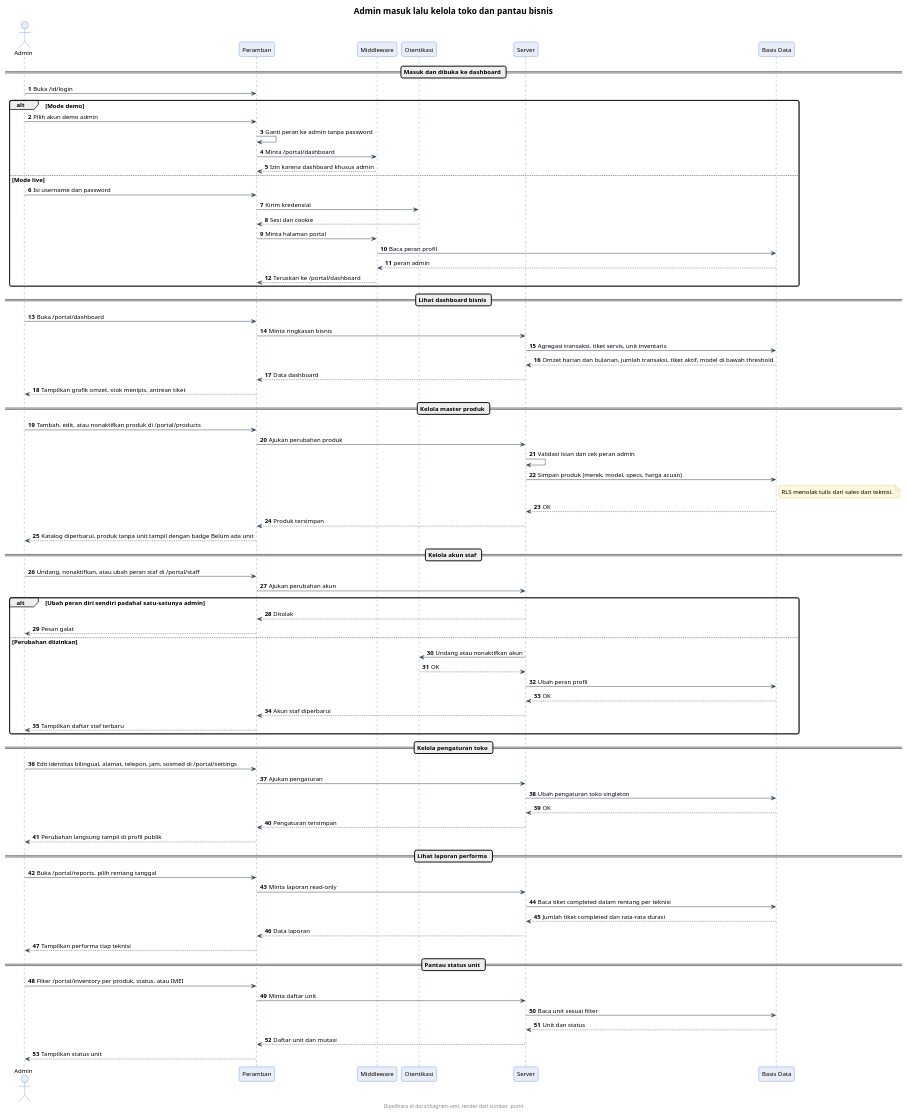
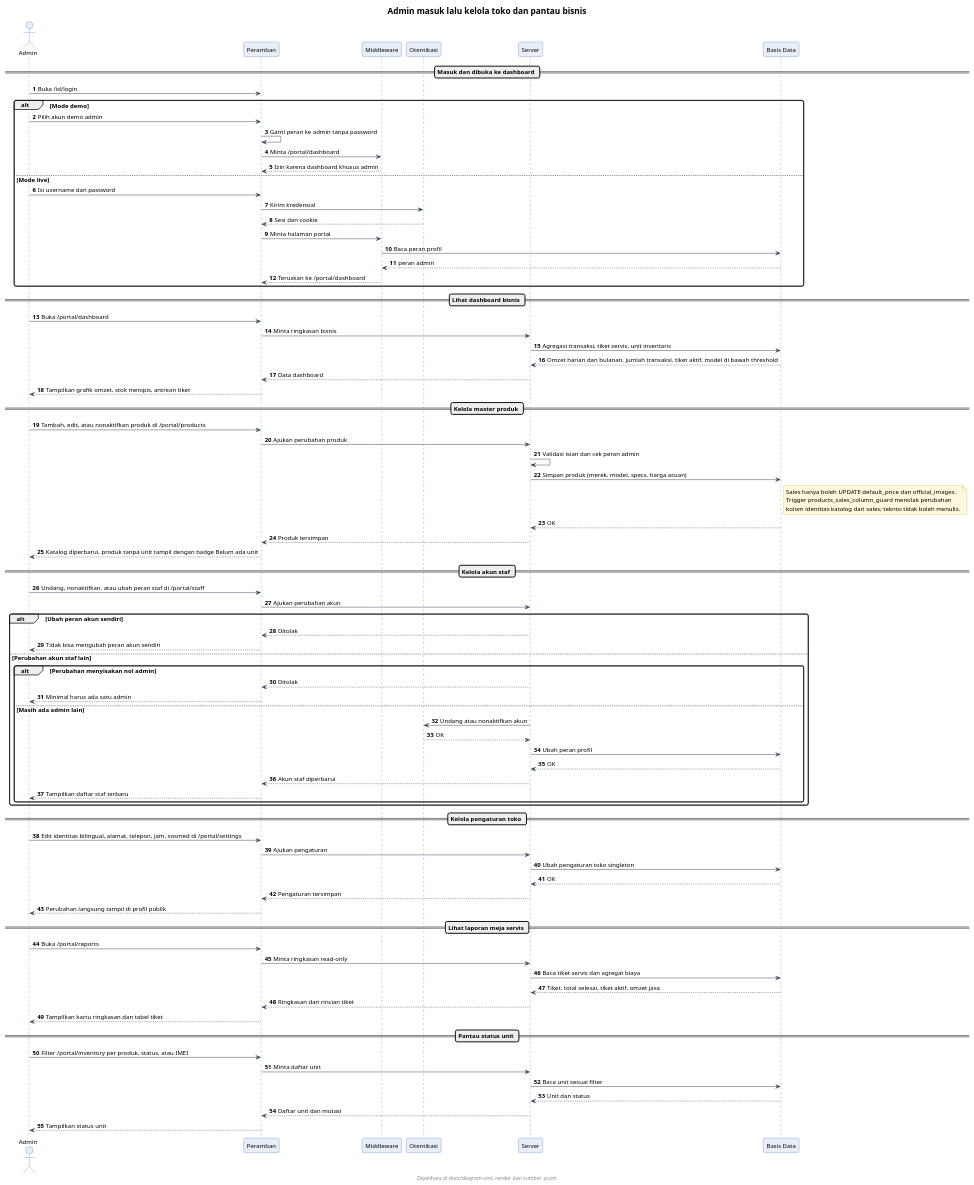
One commit to neiaki/KP changed the diagram in docs/diagram-uml/admin/sequence-admin.puml. Above: the diagram before and after it, drawn with PlantUML. The commit also changed 39 other files, not shown here.

```diff
--- a/docs/diagram-uml/admin/sequence-admin.puml
+++ b/docs/diagram-uml/admin/sequence-admin.puml
@@ -1,128 +1,135 @@
 @startuml
 ' --- gaya At Cell (inline, mandiri utk server publik) ---
 skinparam backgroundColor #FFFFFF
 skinparam shadowing false
 skinparam roundcorner 8
 skinparam defaultFontName sans-serif
 skinparam defaultFontSize 13
 skinparam titleFontSize 18
 skinparam titleFontStyle bold
 skinparam headerFontSize 11
 skinparam footerFontSize 11
 skinparam noteBackgroundColor #FFF8DC
 skinparam noteBorderColor #B89B00
 skinparam actorBackgroundColor #E8EEF7
 skinparam actorBorderColor #0B4ED8
 skinparam participantBackgroundColor #E8EEF7
 skinparam participantBorderColor #0B4ED8
 skinparam usecaseBackgroundColor #E8EEF7
 skinparam usecaseBorderColor #0B4ED8
 skinparam classBackgroundColor #E8EEF7
 skinparam classBorderColor #0B4ED8
 skinparam objectBackgroundColor #EEF3FA
 skinparam objectBorderColor #0B4ED8
 skinparam activityBackgroundColor #E8EEF7
 skinparam activityBorderColor #0B4ED8
 skinparam activityDiamondBackgroundColor #FFFFFF
 skinparam activityDiamondBorderColor #0B4ED8
 skinparam stateBackgroundColor #E8EEF7
 skinparam stateBorderColor #0B4ED8
 skinparam stateStartColor #0B4ED8
 skinparam stateEndColor #0B4ED8
 skinparam componentBackgroundColor #E8EEF7
 skinparam componentBorderColor #0B4ED8
 skinparam cloudBackgroundColor #F2F5FA
 skinparam cloudBorderColor #5B6B82
 skinparam databaseBackgroundColor #E8EEF7
 skinparam databaseBorderColor #0B4ED8
 skinparam entityBackgroundColor #E8EEF7
 skinparam entityBorderColor #0B4ED8
 skinparam sequenceArrowColor #334155
 skinparam sequenceLifeLineBorderColor #0B4ED8
 skinparam sequenceParticipantBorderColor #0B4ED8
 footer Dipelihara di docs/diagram-uml, render dari sumber .puml
 title Admin masuk lalu kelola toko dan pantau bisnis
 autonumber
 actor Admin as A
 participant "Peramban" as UI
 participant "Middleware" as MW
 participant "Otentikasi" as AU
 participant "Server" as SV
 participant "Basis Data" as DB
 
 == Masuk dan dibuka ke dashboard ==
 A -> UI : Buka /id/login
 alt Mode demo
   A -> UI : Pilih akun demo admin
   UI -> UI : Ganti peran ke admin tanpa password
   UI -> MW : Minta /portal/dashboard
   MW --> UI : Izin karena dashboard khusus admin
 else Mode live
   A -> UI : Isi username dan password
   UI -> AU : Kirim kredensial
   AU --> UI : Sesi dan cookie
   UI -> MW : Minta halaman portal
   MW -> DB : Baca peran profil
   DB --> MW : peran admin
   MW --> UI : Teruskan ke /portal/dashboard
 end
 
 == Lihat dashboard bisnis ==
 A -> UI : Buka /portal/dashboard
 UI -> SV : Minta ringkasan bisnis
 SV -> DB : Agregasi transaksi, tiket servis, unit inventaris
 DB --> SV : Omzet harian dan bulanan, jumlah transaksi, tiket aktif, model di bawah threshold
 SV --> UI : Data dashboard
 UI --> A : Tampilkan grafik omzet, stok menipis, antrean tiket
 
 == Kelola master produk ==
 A -> UI : Tambah, edit, atau nonaktifkan produk di /portal/products
 UI -> SV : Ajukan perubahan produk
 SV -> SV : Validasi isian dan cek peran admin
 SV -> DB : Simpan produk (merek, model, specs, harga acuan)
 note right of DB
-  RLS menolak tulis dari sales dan teknisi.
+  Sales hanya boleh UPDATE default_price dan official_images.
+  Trigger products_sales_column_guard menolak perubahan
+  kolom identitas katalog dari sales; teknisi tidak boleh menulis.
 end note
 DB --> SV : OK
 SV --> UI : Produk tersimpan
 UI --> A : Katalog diperbarui, produk tanpa unit tampil dengan badge Belum ada unit
 
 == Kelola akun staf ==
 A -> UI : Undang, nonaktifkan, atau ubah peran staf di /portal/staff
 UI -> SV : Ajukan perubahan akun
-alt Ubah peran diri sendiri padahal satu-satunya admin
+alt Ubah peran akun sendiri
   SV --> UI : Ditolak
-  UI --> A : Pesan galat
-else Perubahan diizinkan
-  SV -> AU : Undang atau nonaktifkan akun
-  AU --> SV : OK
-  SV -> DB : Ubah peran profil
-  DB --> SV : OK
-  SV --> UI : Akun staf diperbarui
-  UI --> A : Tampilkan daftar staf terbaru
+  UI --> A : Tidak bisa mengubah peran akun sendiri
+else Perubahan akun staf lain
+  alt Perubahan menyisakan nol admin
+    SV --> UI : Ditolak
+    UI --> A : Minimal harus ada satu admin
+  else Masih ada admin lain
+    SV -> AU : Undang atau nonaktifkan akun
+    AU --> SV : OK
+    SV -> DB : Ubah peran profil
+    DB --> SV : OK
+    SV --> UI : Akun staf diperbarui
+    UI --> A : Tampilkan daftar staf terbaru
+  end
 end
 
 == Kelola pengaturan toko ==
 A -> UI : Edit identitas bilingual, alamat, telepon, jam, sosmed di /portal/settings
 UI -> SV : Ajukan pengaturan
 SV -> DB : Ubah pengaturan toko singleton
 DB --> SV : OK
 SV --> UI : Pengaturan tersimpan
 UI --> A : Perubahan langsung tampil di profil publik
 
-== Lihat laporan performa ==
-A -> UI : Buka /portal/reports, pilih rentang tanggal
-UI -> SV : Minta laporan read-only
-SV -> DB : Baca tiket completed dalam rentang per teknisi
-DB --> SV : Jumlah tiket completed dan rata-rata durasi
-SV --> UI : Data laporan
-UI --> A : Tampilkan performa tiap teknisi
+== Lihat laporan meja servis ==
+A -> UI : Buka /portal/reports
+UI -> SV : Minta ringkasan read-only
+SV -> DB : Baca tiket servis dan agregat biaya
+DB --> SV : Tiket, total selesai, tiket aktif, omzet jasa
+SV --> UI : Ringkasan dan rincian tiket
+UI --> A : Tampilkan kartu ringkasan dan tabel tiket
 
 == Pantau status unit ==
 A -> UI : Filter /portal/inventory per produk, status, atau IMEI
 UI -> SV : Minta daftar unit
 SV -> DB : Baca unit sesuai filter
 DB --> SV : Unit dan status
 SV --> UI : Daftar unit dan mutasi
 UI --> A : Tampilkan status unit
 @enduml
```
